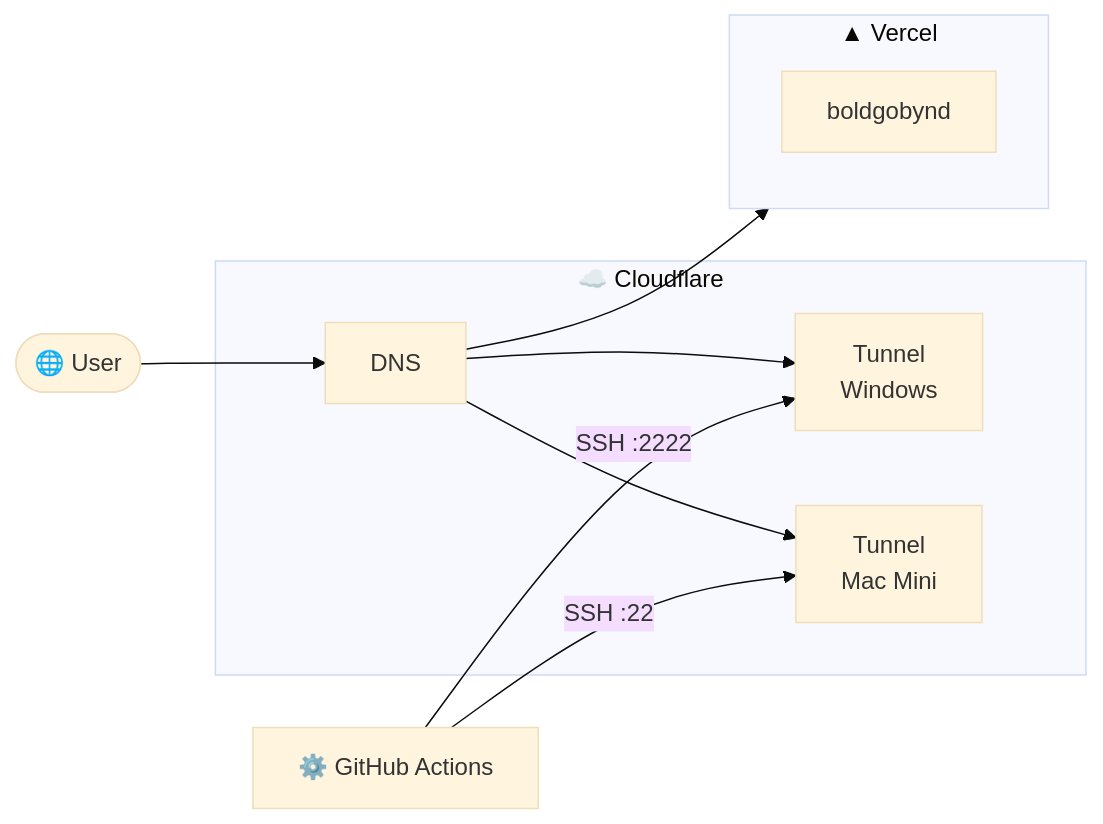
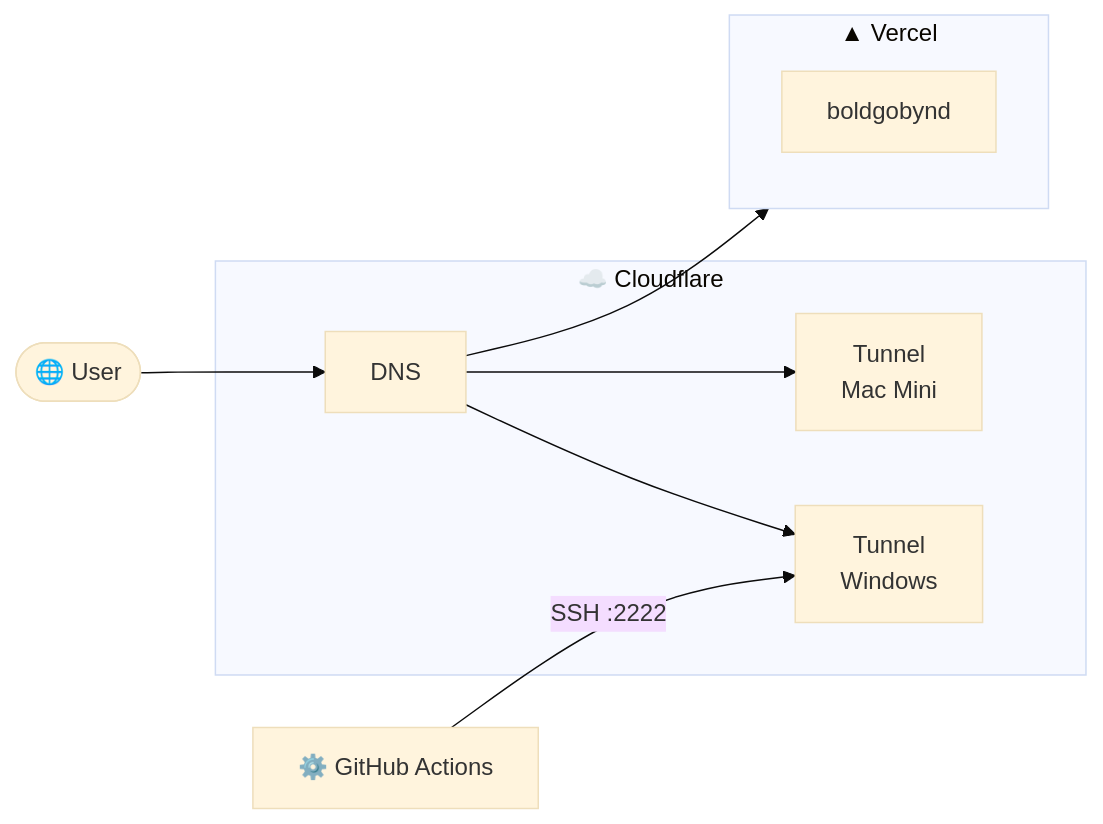
The first of 3 diagrams in Infrastructure/README.md (Junseop-Shin/Work), drawn with Mermaid (base theme) before and after one commit.

Commit message:
fix(infrastructure): remove GitHub Actions → Mac Mini SSH connection (#8)
Mac Mini is local — devops-monitor is deployed manually via make up

````diff
--- a/Infrastructure/README.md
+++ b/Infrastructure/README.md
@@ -9,20 +9,19 @@
 ```mermaid
 graph LR
     User([🌐 User])
     GHA[⚙️ GitHub Actions]
 
     subgraph CF["☁️ Cloudflare"]
         DNS[DNS]
         TW[Tunnel\nWindows]
         TM[Tunnel\nMac Mini]
     end
 
     subgraph Vercel["▲ Vercel"]
         BG[boldgobynd]
     end
 
     User --> DNS
     DNS --> TW & TM & Vercel
     GHA -->|SSH :2222| TW
-    GHA -->|SSH :22| TM
 ```
````
